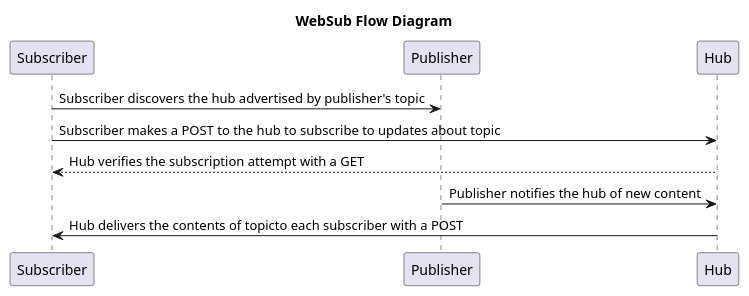
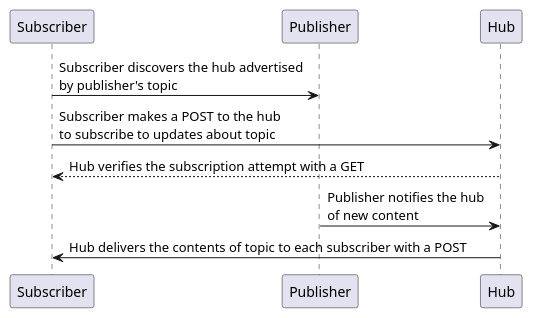
The first of 2 diagrams in sections/clause_6_informative_text.adoc (opengeospatial/sensorthings), drawn with PlantUML before and after one commit. The commit also changed other lines of this file and 25 other files, not shown here.

```diff
--- a/sections/clause_6_informative_text.adoc
+++ b/sections/clause_6_informative_text.adoc
@@ -25,18 +19,16 @@
 [plantuml]
 ....
 @startuml
-
-title WebSub Flow Diagram
 
 participant Subscriber
 participant Publisher
 participant Hub
 
-Subscriber -> Publisher: Subscriber discovers the hub advertised by publisher's topic
-Subscriber -> Hub: Subscriber makes a POST to the hub to subscribe to updates about topic
+Subscriber -> Publisher: Subscriber discovers the hub advertised\nby publisher's topic
+Subscriber -> Hub: Subscriber makes a POST to the hub\nto subscribe to updates about topic
 Hub --> Subscriber: Hub verifies the subscription attempt with a GET
-Publisher -> Hub: Publisher notifies the hub of new content
-Hub -> Subscriber: Hub delivers the contents of topicto each subscriber with a POST
+Publisher -> Hub: Publisher notifies the hub\nof new content
+Hub -> Subscriber: Hub delivers the contents of topic to each subscriber with a POST
 
 @enduml
 ....
```
